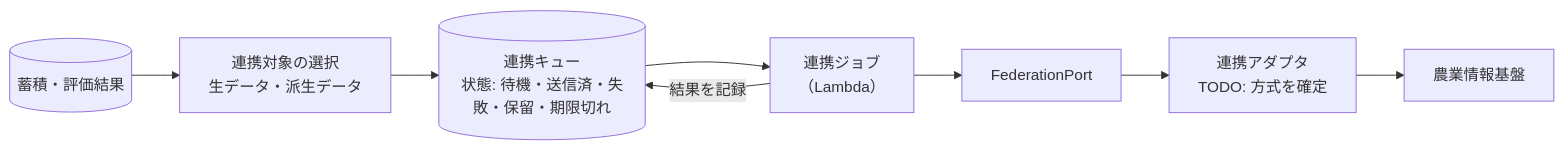
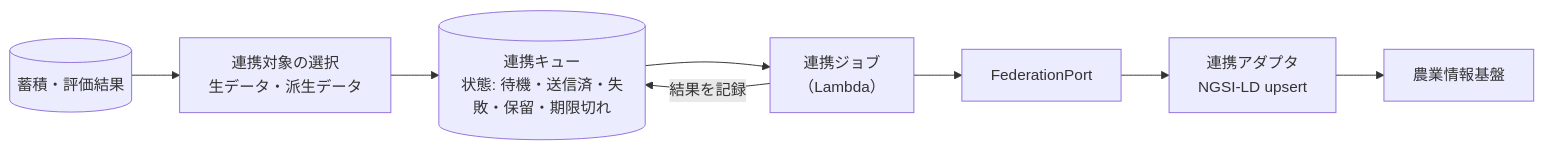
The fifth of 9 diagrams in docs/10_design/architecture/architecture.md (NS-APU/smart-farm-monitoring), drawn with Mermaid before and after one commit. The commit also changed other lines of this file and 7 other files, not shown here.

First line of the commit message:
docs: 農業情報基盤との連携方式を、NGSI-LD（Orion-LD）の upsert に決める (#176) (#385)

````diff
--- a/docs/10_design/architecture/architecture.md
+++ b/docs/10_design/architecture/architecture.md
@@ -291,10 +291,10 @@
 ```mermaid
 flowchart LR
   STORE[(蓄積・評価結果)] --> SEL[連携対象の選択<br>生データ・派生データ]
   SEL --> OUT[(連携キュー<br>状態: 待機・送信済・失敗・保留・期限切れ)]
   OUT --> W[連携ジョブ<br>（Lambda）]
   W --> FP[FederationPort]
-  FP --> AD1[連携アダプタ<br>TODO: 方式を確定]
+  FP --> AD1[連携アダプタ<br>NGSI-LD upsert]
   AD1 --> AG[農業情報基盤]
   W -->|結果を記録| OUT
 ```
````
